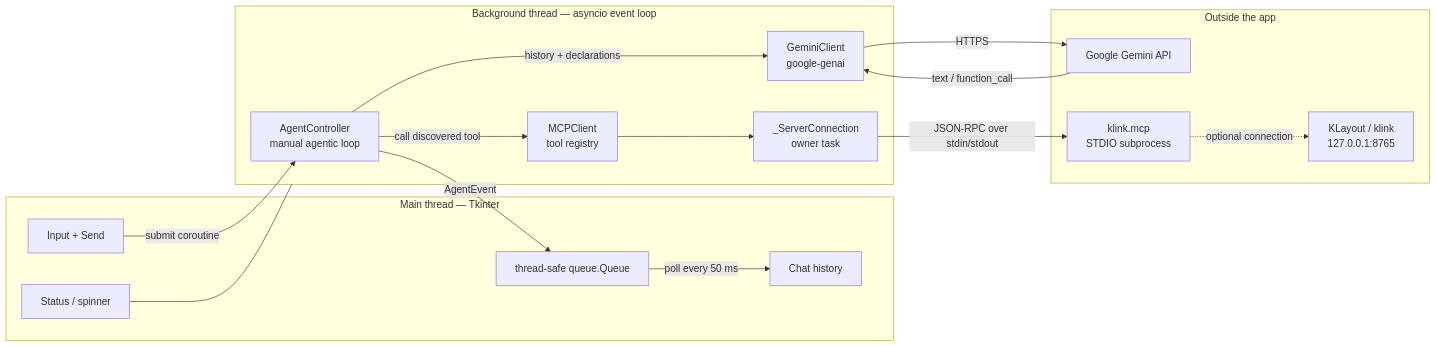
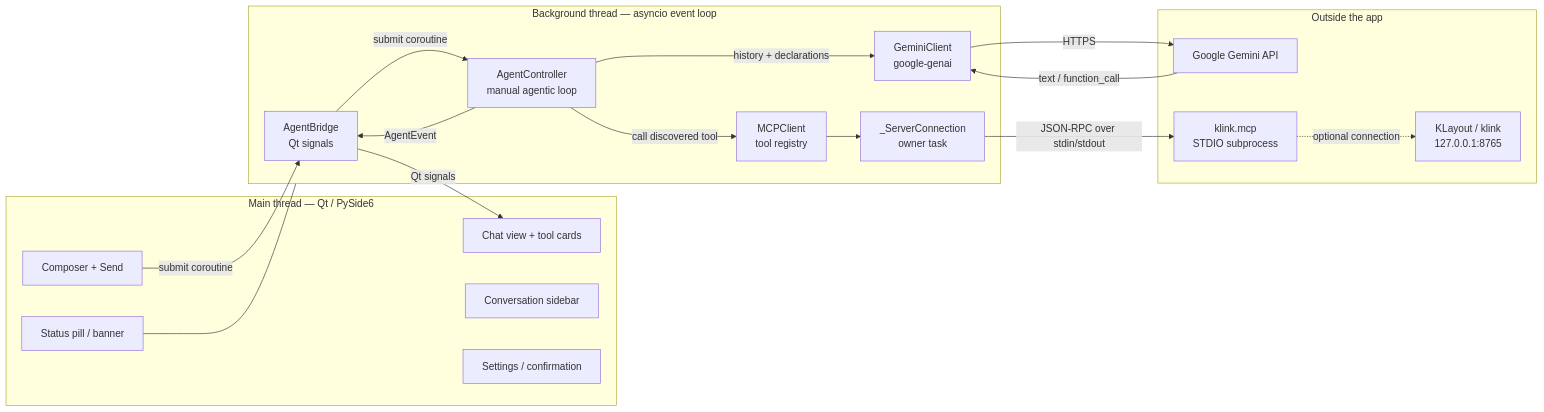
One commit to youssofhossam/autodrc changed the diagram in drc-harness/docs/README.md. Above: the diagram before and after it, drawn with Mermaid. The commit also changed other lines of this file and 26 other files, not shown here.

First line of the commit message:
feat: rebuild GUI with PySide6 and rename app to autodrc

````diff
--- a/drc-harness/docs/README.md
+++ b/drc-harness/docs/README.md
@@ -31,34 +36,37 @@
 ```mermaid
 flowchart LR
-    subgraph GUI["Main thread — Tkinter"]
-        Chat["Chat history"]
-        Input["Input + Send"]
-        Status["Status / spinner"]
-        Queue["thread-safe queue.Queue"]
+    subgraph GUI["Main thread — Qt / PySide6"]
+        Chat["Chat view + tool cards"]
+        Sidebar["Conversation sidebar"]
+        Input["Composer + Send"]
+        Status["Status pill / banner"]
+        Dialogs["Settings / confirmation"]
     end
 
     subgraph Worker["Background thread — asyncio event loop"]
+        Bridge["AgentBridge<br/>Qt signals"]
         Agent["AgentController<br/>manual agentic loop"]
         LLM["GeminiClient<br/>google-genai"]
         MCP["MCPClient<br/>tool registry"]
         Conn["_ServerConnection<br/>owner task"]
     end
 
     subgraph External["Outside the app"]
         Gemini["Google Gemini API"]
         Server["klink.mcp<br/>STDIO subprocess"]
         KLayout["KLayout / klink<br/>127.0.0.1:8765"]
     end
 
-    Input -->|submit coroutine| Agent
+    Input -->|submit coroutine| Bridge
+    Bridge -->|submit coroutine| Agent
     Agent -->|history + declarations| LLM
     LLM -->|HTTPS| Gemini
     Gemini -->|text / function_call| LLM
     Agent -->|call discovered tool| MCP
     MCP --> Conn
     Conn -->|JSON-RPC over stdin/stdout| Server
     Server -.->|optional connection| KLayout
-    Agent -->|AgentEvent| Queue
-    Queue -->|poll every 50 ms| Chat
+    Agent -->|AgentEvent| Bridge
+    Bridge -->|Qt signals| Chat
     Status --- Worker
 ```
````
